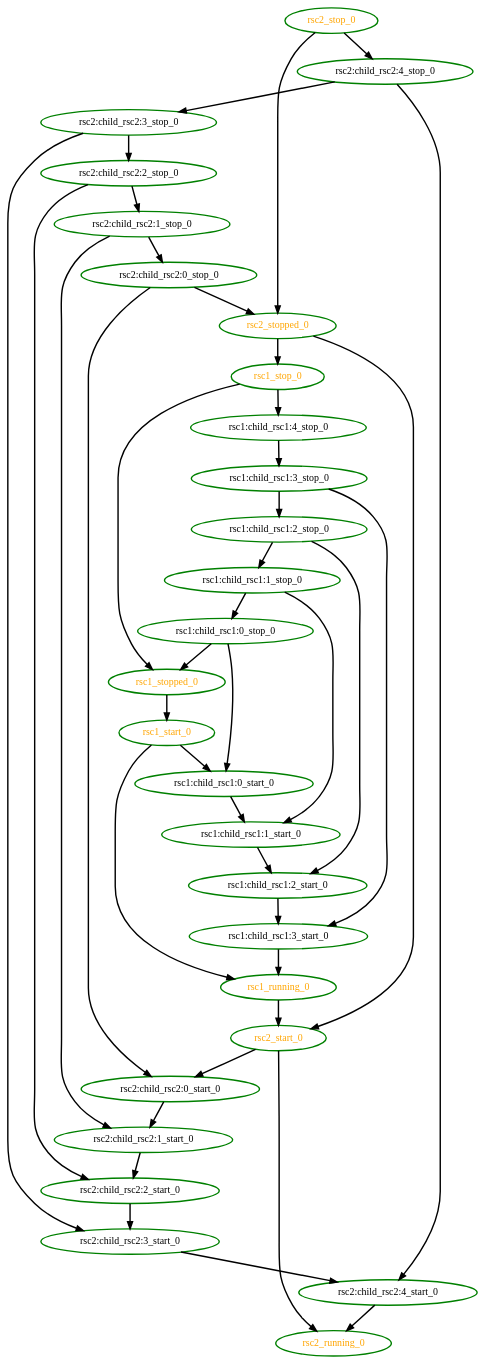
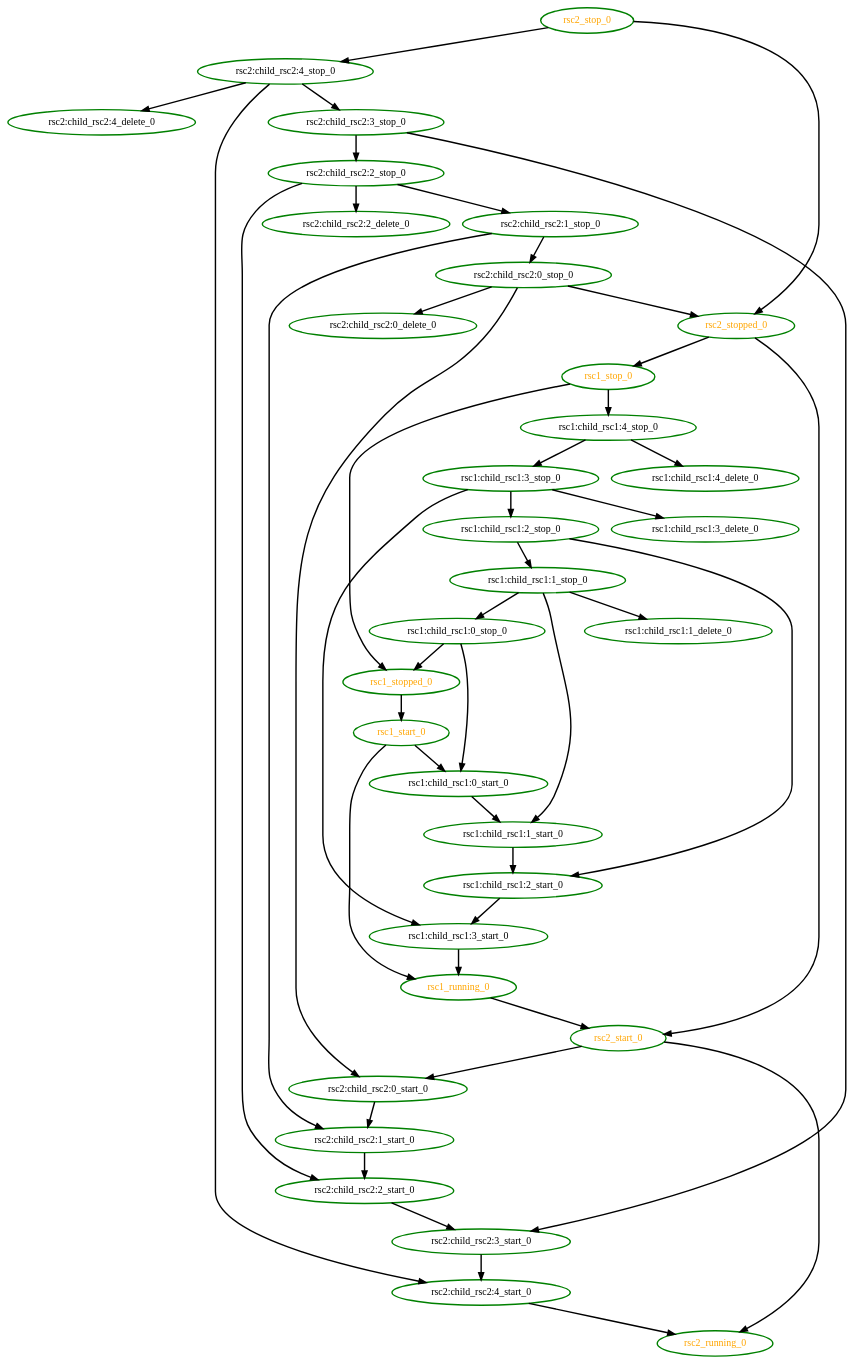
Before and after one commit to richiewen8/heartbeat: the diagram in crm/pengine/testcases/inc4.dot, drawn with Graphviz. The commit also changed 99 other files, not shown here.

First line of the commit message:
Resolve the "rsc state" mess Dont send delete's when the node is down or the resource failed Send delete's for any inactive resources

```diff
--- a/crm/pengine/testcases/inc4.dot
+++ b/crm/pengine/testcases/inc4.dot
@@ -1,70 +1,82 @@
 digraph "g" {
 	size = "30,30"
 "rsc1:child_rsc1:0_stop_0" [ tooltip="node1" style=bold color="green" fontcolor="black" ]
 "rsc1:child_rsc1:0_start_0" [ tooltip="node1" style=bold color="green" fontcolor="black" ]
 "rsc1:child_rsc1:1_stop_0" [ tooltip="node1" style=bold color="green" fontcolor="black" ]
 "rsc1:child_rsc1:1_start_0" [ tooltip="node2" style=bold color="green" fontcolor="black" ]
+"rsc1:child_rsc1:1_delete_0" [ tooltip="node1" style=bold color="green" fontcolor="black" ]
 "rsc1:child_rsc1:2_stop_0" [ tooltip="node1" style=bold color="green" fontcolor="black" ]
 "rsc1:child_rsc1:2_start_0" [ tooltip="node1" style=bold color="green" fontcolor="black" ]
 "rsc1:child_rsc1:3_stop_0" [ tooltip="node1" style=bold color="green" fontcolor="black" ]
 "rsc1:child_rsc1:3_start_0" [ tooltip="node2" style=bold color="green" fontcolor="black" ]
+"rsc1:child_rsc1:3_delete_0" [ tooltip="node1" style=bold color="green" fontcolor="black" ]
 "rsc1:child_rsc1:4_stop_0" [ tooltip="node1" style=bold color="green" fontcolor="black" ]
+"rsc1:child_rsc1:4_delete_0" [ tooltip="node1" style=bold color="green" fontcolor="black" ]
 "rsc1_start_0" [ tooltip="" style=bold color="green" fontcolor="orange" ]
 "rsc1_running_0" [ tooltip="" style=bold color="green" fontcolor="orange" ]
 "rsc1_stop_0" [ tooltip="" style=bold color="green" fontcolor="orange" ]
 "rsc1_stopped_0" [ tooltip="" style=bold color="green" fontcolor="orange" ]
 "rsc2:child_rsc2:0_stop_0" [ tooltip="node2" style=bold color="green" fontcolor="black" ]
 "rsc2:child_rsc2:0_start_0" [ tooltip="node1" style=bold color="green" fontcolor="black" ]
+"rsc2:child_rsc2:0_delete_0" [ tooltip="node2" style=bold color="green" fontcolor="black" ]
 "rsc2:child_rsc2:1_stop_0" [ tooltip="node2" style=bold color="green" fontcolor="black" ]
 "rsc2:child_rsc2:1_start_0" [ tooltip="node2" style=bold color="green" fontcolor="black" ]
 "rsc2:child_rsc2:2_stop_0" [ tooltip="node2" style=bold color="green" fontcolor="black" ]
 "rsc2:child_rsc2:2_start_0" [ tooltip="node1" style=bold color="green" fontcolor="black" ]
+"rsc2:child_rsc2:2_delete_0" [ tooltip="node2" style=bold color="green" fontcolor="black" ]
 "rsc2:child_rsc2:3_stop_0" [ tooltip="node2" style=bold color="green" fontcolor="black" ]
 "rsc2:child_rsc2:3_start_0" [ tooltip="node2" style=bold color="green" fontcolor="black" ]
 "rsc2:child_rsc2:4_stop_0" [ tooltip="node2" style=bold color="green" fontcolor="black" ]
 "rsc2:child_rsc2:4_start_0" [ tooltip="node1" style=bold color="green" fontcolor="black" ]
+"rsc2:child_rsc2:4_delete_0" [ tooltip="node2" style=bold color="green" fontcolor="black" ]
 "rsc2_start_0" [ tooltip="" style=bold color="green" fontcolor="orange" ]
 "rsc2_running_0" [ tooltip="" style=bold color="green" fontcolor="orange" ]
 "rsc2_stop_0" [ tooltip="" style=bold color="green" fontcolor="orange" ]
 "rsc2_stopped_0" [ tooltip="" style=bold color="green" fontcolor="orange" ]
 "rsc1:child_rsc1:1_stop_0" -> "rsc1:child_rsc1:0_stop_0" [ style = bold]
 "rsc1:child_rsc1:0_stop_0" -> "rsc1:child_rsc1:0_start_0" [ style = bold]
 "rsc1_start_0" -> "rsc1:child_rsc1:0_start_0" [ style = bold]
 "rsc1:child_rsc1:2_stop_0" -> "rsc1:child_rsc1:1_stop_0" [ style = bold]
 "rsc1:child_rsc1:0_start_0" -> "rsc1:child_rsc1:1_start_0" [ style = bold]
 "rsc1:child_rsc1:1_stop_0" -> "rsc1:child_rsc1:1_start_0" [ style = bold]
+"rsc1:child_rsc1:1_stop_0" -> "rsc1:child_rsc1:1_delete_0" [ style = bold]
 "rsc1:child_rsc1:3_stop_0" -> "rsc1:child_rsc1:2_stop_0" [ style = bold]
 "rsc1:child_rsc1:1_start_0" -> "rsc1:child_rsc1:2_start_0" [ style = bold]
 "rsc1:child_rsc1:2_stop_0" -> "rsc1:child_rsc1:2_start_0" [ style = bold]
 "rsc1:child_rsc1:4_stop_0" -> "rsc1:child_rsc1:3_stop_0" [ style = bold]
 "rsc1:child_rsc1:2_start_0" -> "rsc1:child_rsc1:3_start_0" [ style = bold]
 "rsc1:child_rsc1:3_stop_0" -> "rsc1:child_rsc1:3_start_0" [ style = bold]
+"rsc1:child_rsc1:3_stop_0" -> "rsc1:child_rsc1:3_delete_0" [ style = bold]
 "rsc1_stop_0" -> "rsc1:child_rsc1:4_stop_0" [ style = bold]
+"rsc1:child_rsc1:4_stop_0" -> "rsc1:child_rsc1:4_delete_0" [ style = bold]
 "rsc1_stopped_0" -> "rsc1_start_0" [ style = bold]
 "rsc1:child_rsc1:3_start_0" -> "rsc1_running_0" [ style = bold]
 "rsc1_start_0" -> "rsc1_running_0" [ style = bold]
 "rsc2_stopped_0" -> "rsc1_stop_0" [ style = bold]
 "rsc1:child_rsc1:0_stop_0" -> "rsc1_stopped_0" [ style = bold]
 "rsc1_stop_0" -> "rsc1_stopped_0" [ style = bold]
 "rsc2:child_rsc2:1_stop_0" -> "rsc2:child_rsc2:0_stop_0" [ style = bold]
 "rsc2:child_rsc2:0_stop_0" -> "rsc2:child_rsc2:0_start_0" [ style = bold]
 "rsc2_start_0" -> "rsc2:child_rsc2:0_start_0" [ style = bold]
+"rsc2:child_rsc2:0_stop_0" -> "rsc2:child_rsc2:0_delete_0" [ style = bold]
 "rsc2:child_rsc2:2_stop_0" -> "rsc2:child_rsc2:1_stop_0" [ style = bold]
 "rsc2:child_rsc2:0_start_0" -> "rsc2:child_rsc2:1_start_0" [ style = bold]
 "rsc2:child_rsc2:1_stop_0" -> "rsc2:child_rsc2:1_start_0" [ style = bold]
 "rsc2:child_rsc2:3_stop_0" -> "rsc2:child_rsc2:2_stop_0" [ style = bold]
 "rsc2:child_rsc2:1_start_0" -> "rsc2:child_rsc2:2_start_0" [ style = bold]
 "rsc2:child_rsc2:2_stop_0" -> "rsc2:child_rsc2:2_start_0" [ style = bold]
+"rsc2:child_rsc2:2_stop_0" -> "rsc2:child_rsc2:2_delete_0" [ style = bold]
 "rsc2:child_rsc2:4_stop_0" -> "rsc2:child_rsc2:3_stop_0" [ style = bold]
 "rsc2:child_rsc2:2_start_0" -> "rsc2:child_rsc2:3_start_0" [ style = bold]
 "rsc2:child_rsc2:3_stop_0" -> "rsc2:child_rsc2:3_start_0" [ style = bold]
 "rsc2_stop_0" -> "rsc2:child_rsc2:4_stop_0" [ style = bold]
 "rsc2:child_rsc2:3_start_0" -> "rsc2:child_rsc2:4_start_0" [ style = bold]
 "rsc2:child_rsc2:4_stop_0" -> "rsc2:child_rsc2:4_start_0" [ style = bold]
+"rsc2:child_rsc2:4_stop_0" -> "rsc2:child_rsc2:4_delete_0" [ style = bold]
 "rsc1_running_0" -> "rsc2_start_0" [ style = bold]
 "rsc2_stopped_0" -> "rsc2_start_0" [ style = bold]
 "rsc2:child_rsc2:4_start_0" -> "rsc2_running_0" [ style = bold]
 "rsc2_start_0" -> "rsc2_running_0" [ style = bold]
 "rsc2:child_rsc2:0_stop_0" -> "rsc2_stopped_0" [ style = bold]
 "rsc2_stop_0" -> "rsc2_stopped_0" [ style = bold]
 }
```
